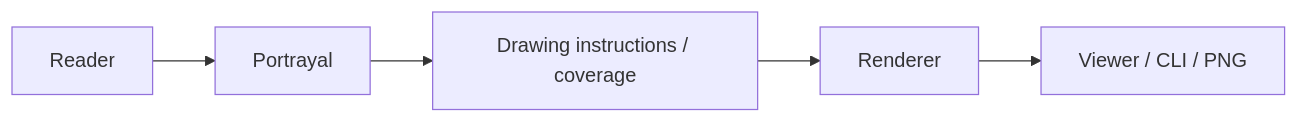
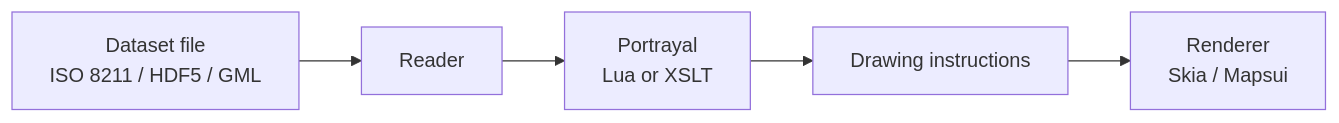
The diagram in docs/index.md (philliphoff/EncDotNet.S100), drawn with Mermaid before and after one commit. The commit also changed other lines of this file and 8 other files, not shown here.

````diff
--- a/docs/index.md
+++ b/docs/index.md
@@ -79,7 +48,7 @@
 ```mermaid
 flowchart LR
-  A[Reader] --> B[Portrayal]
-  B --> C[Drawing instructions / coverage]
-  C --> D[Renderer]
-  D --> E[Viewer / CLI / PNG]
+  A[Dataset file<br/>ISO 8211 / HDF5 / GML] --> B[Reader]
+  B --> C[Portrayal<br/>Lua or XSLT]
+  C --> D[Drawing instructions]
+  D --> E[Renderer<br/>Skia / Mapsui]
 ```
````
